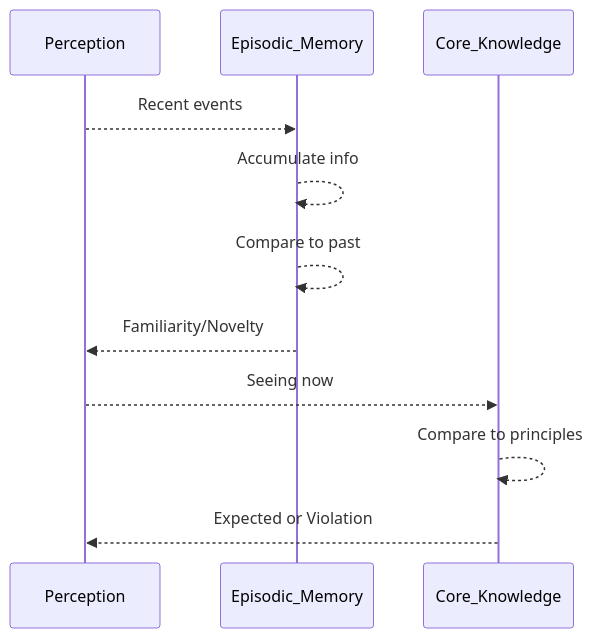
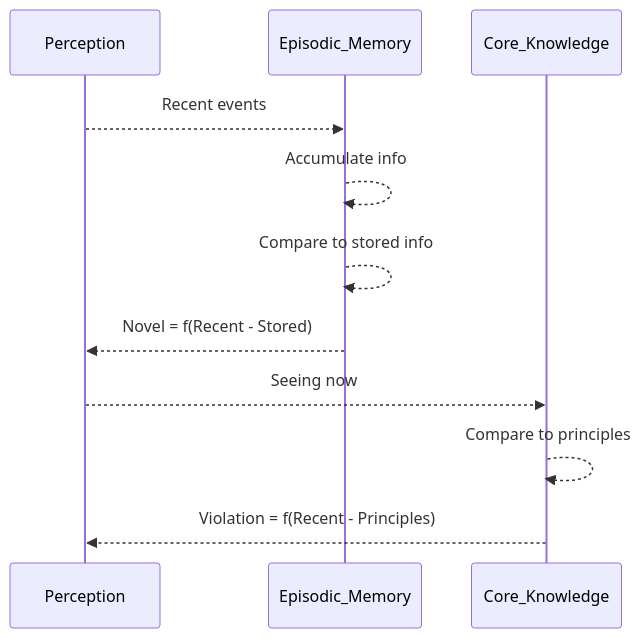
Before and after one commit to psu-psychology/psy-548-2025-fall: the third of 3 diagrams in src/looking-times.qmd, drawn with Mermaid. The commit also changed other lines of this file and 170 other files, not shown here.

````diff
--- a/src/looking-times.qmd
+++ b/src/looking-times.qmd
@@ -65,13 +65,13 @@
 ```{mermaid}
 sequenceDiagram
   participant Perception
   participant Episodic_Memory
   participant Core_Knowledge
   Perception -->> Episodic_Memory: Recent events
   Episodic_Memory -->> Episodic_Memory: Accumulate info
-  Episodic_Memory -->> Episodic_Memory: Compare to past
-  Episodic_Memory -->> Perception: Familiarity/Novelty
+  Episodic_Memory -->> Episodic_Memory: Compare to stored info
+  Episodic_Memory -->> Perception: Novel = f(Recent - Stored)
   Perception -->> Core_Knowledge: Seeing now
   Core_Knowledge -->> Core_Knowledge: Compare to principles
-  Core_Knowledge -->> Perception: Expected or Violation
+  Core_Knowledge -->> Perception: Violation = f(Recent - Principles)
 ```
````
